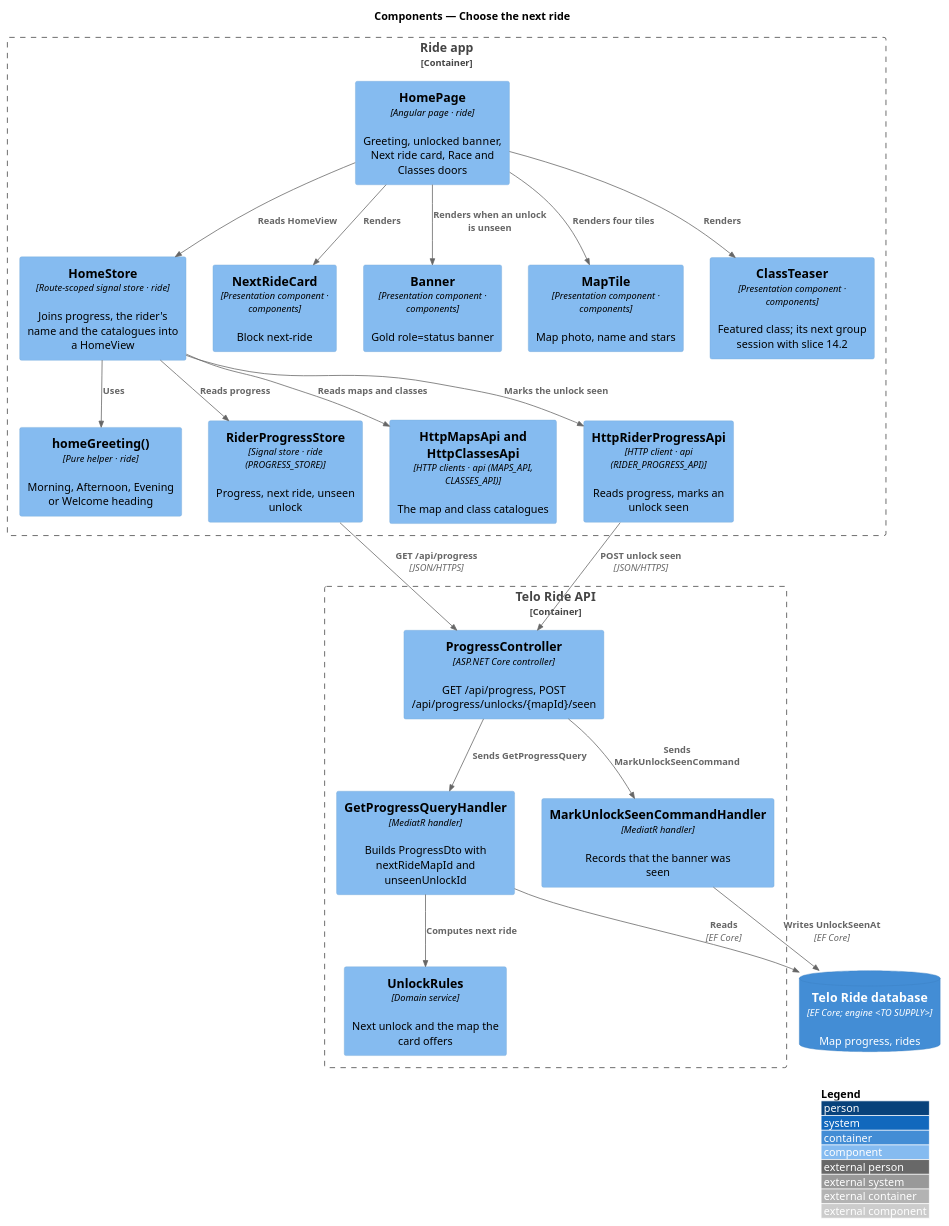
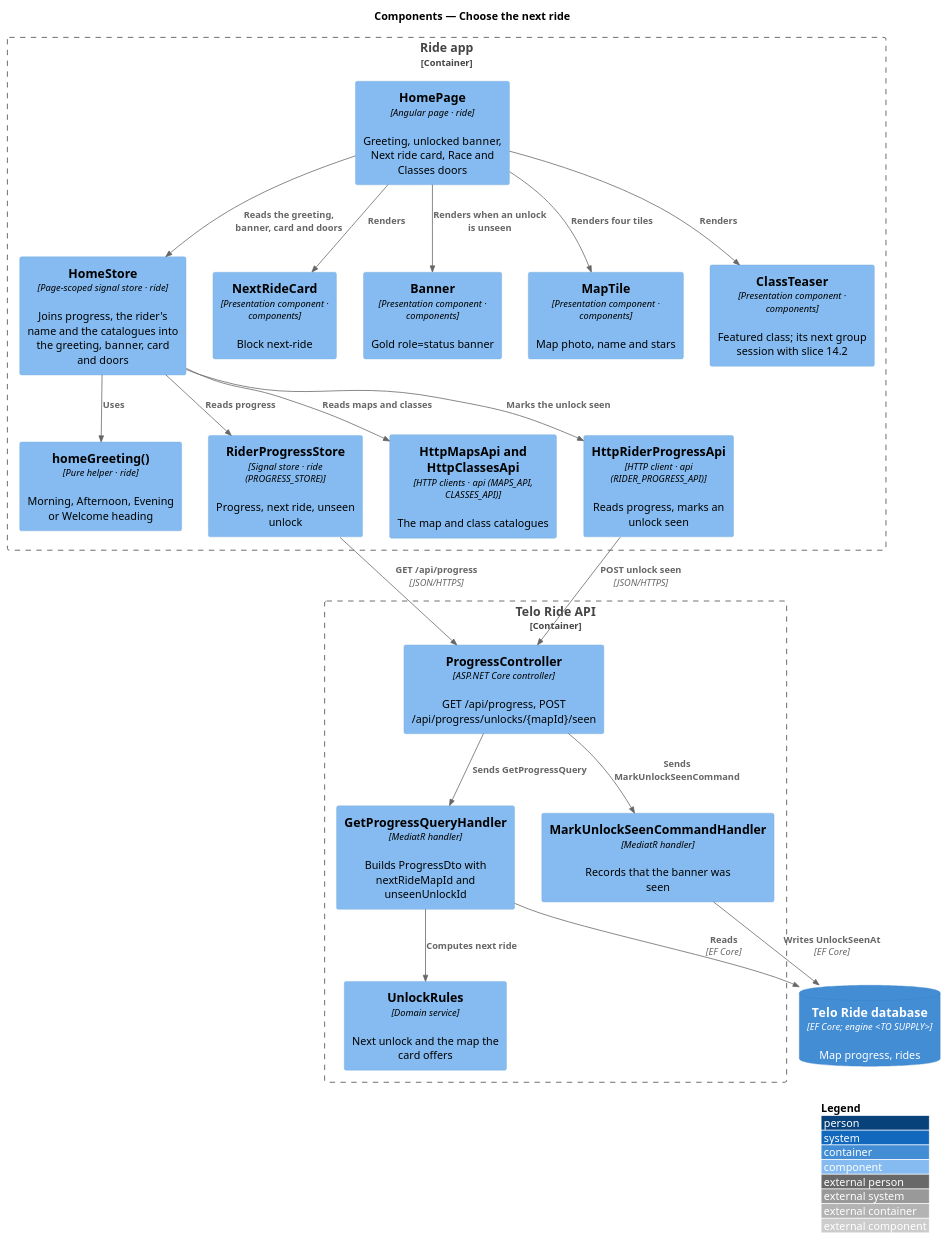
The diagram in docs/detailed-designs/home/choose-the-next-ride/diagrams/c4-component.puml (QuinntyneBrown/ride-one), drawn with PlantUML before and after one commit. The commit also changed 4 other files, not shown here.

```diff
--- a/docs/detailed-designs/home/choose-the-next-ride/diagrams/c4-component.puml
+++ b/docs/detailed-designs/home/choose-the-next-ride/diagrams/c4-component.puml
@@ -1,42 +1,42 @@
 @startuml
 !include <C4/C4_Component>
 LAYOUT_WITH_LEGEND()
 title Components — Choose the next ride
 
 Container_Boundary(app, "Ride app") {
   Component(page, "HomePage", "Angular page · ride", "Greeting, unlocked banner, Next ride card, Race and Classes doors")
-  Component(store, "HomeStore", "Route-scoped signal store · ride", "Joins progress, the rider's name and the catalogues into a HomeView")
+  Component(store, "HomeStore", "Page-scoped signal store · ride", "Joins progress, the rider's name and the catalogues into the greeting, banner, card and doors")
   Component(greet, "homeGreeting()", "Pure helper · ride", "Morning, Afternoon, Evening or Welcome heading")
   Component(prog, "RiderProgressStore", "Signal store · ride (PROGRESS_STORE)", "Progress, next ride, unseen unlock")
   Component(cat, "HttpMapsApi and HttpClassesApi", "HTTP clients · api (MAPS_API, CLASSES_API)", "The map and class catalogues")
   Component(rpa, "HttpRiderProgressApi", "HTTP client · api (RIDER_PROGRESS_API)", "Reads progress, marks an unlock seen")
   Component(card, "NextRideCard", "Presentation component · components", "Block next-ride")
   Component(banner, "Banner", "Presentation component · components", "Gold role=status banner")
   Component(tile, "MapTile", "Presentation component · components", "Map photo, name and stars")
   Component(teaser, "ClassTeaser", "Presentation component · components", "Featured class; its next group session with slice 14.2")
 }
 Container_Boundary(api, "Telo Ride API") {
   Component(ctrl, "ProgressController", "ASP.NET Core controller", "GET /api/progress, POST /api/progress/unlocks/{mapId}/seen")
   Component(qh, "GetProgressQueryHandler", "MediatR handler", "Builds ProgressDto with nextRideMapId and unseenUnlockId")
   Component(ch, "MarkUnlockSeenCommandHandler", "MediatR handler", "Records that the banner was seen")
   Component(rules, "UnlockRules", "Domain service", "Next unlock and the map the card offers")
 }
 ContainerDb(db, "Telo Ride database", "EF Core; engine <TO SUPPLY>", "Map progress, rides")
 
-Rel(page, store, "Reads HomeView")
+Rel(page, store, "Reads the greeting, banner, card and doors")
 Rel(store, greet, "Uses")
 Rel(store, prog, "Reads progress")
 Rel(store, cat, "Reads maps and classes")
 Rel(store, rpa, "Marks the unlock seen")
 Rel(page, card, "Renders")
 Rel(page, banner, "Renders when an unlock is unseen")
 Rel(page, tile, "Renders four tiles")
 Rel(page, teaser, "Renders")
 Rel(prog, ctrl, "GET /api/progress", "JSON/HTTPS")
 Rel(rpa, ctrl, "POST unlock seen", "JSON/HTTPS")
 Rel(ctrl, qh, "Sends GetProgressQuery")
 Rel(ctrl, ch, "Sends MarkUnlockSeenCommand")
 Rel(qh, rules, "Computes next ride")
 Rel(qh, db, "Reads", "EF Core")
 Rel(ch, db, "Writes UnlockSeenAt", "EF Core")
 @enduml
```
